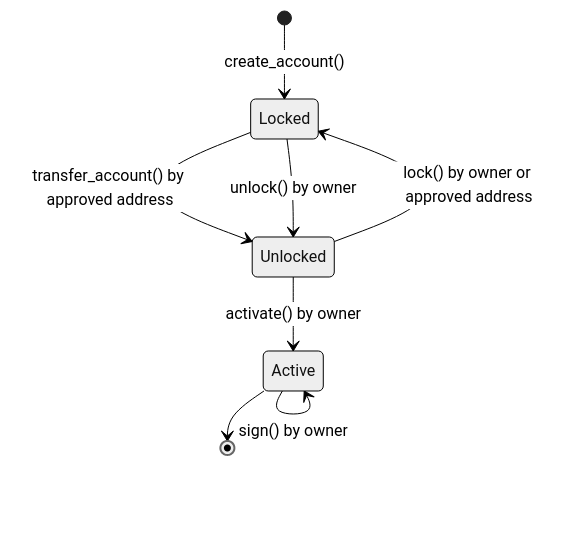
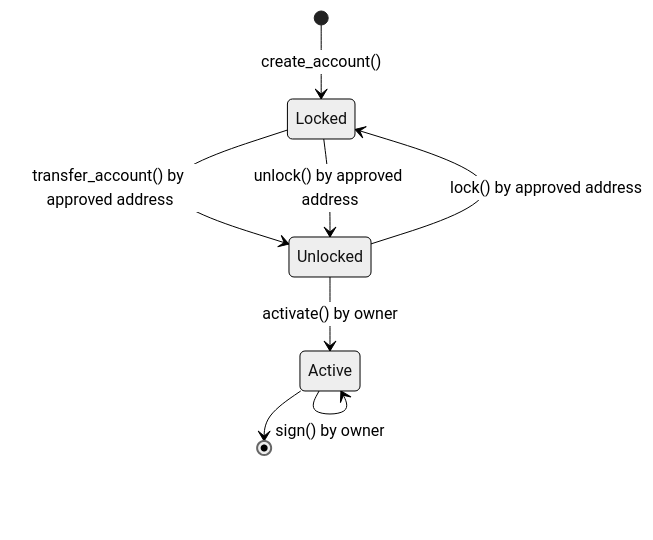
One commit to mycel-labs/atp changed the diagram in README.md. Above: the diagram before and after it, drawn with Mermaid (neutral theme). The commit also changed 1 other file, not shown here.

Commit message:
hotfix: fix state transtions

````diff
--- a/README.md
+++ b/README.md
@@ -65,10 +65,10 @@
 ```mermaid
 stateDiagram-v2
     [*] --> Locked: create_account()
     Locked --> Unlocked: transfer_account() by approved address
-    Locked --> Unlocked: unlock() by owner
-    Unlocked --> Locked: lock() by owner or approved address
+    Locked --> Unlocked: unlock() by approved address
+    Unlocked --> Locked: lock() by  approved address
     Unlocked --> Active: activate() by owner
     Active --> Active: sign() by owner
     Active --> [*]
 ```
````
